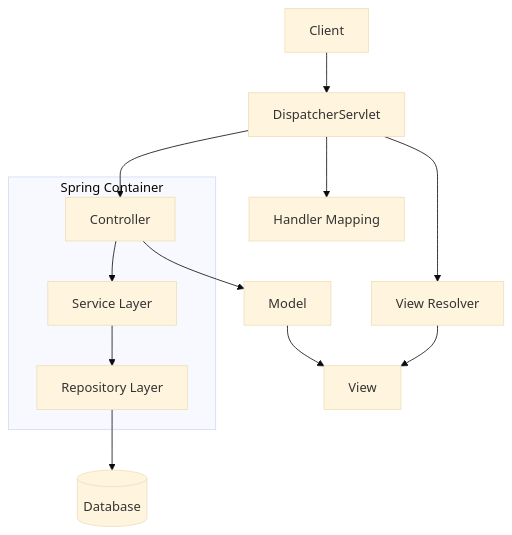
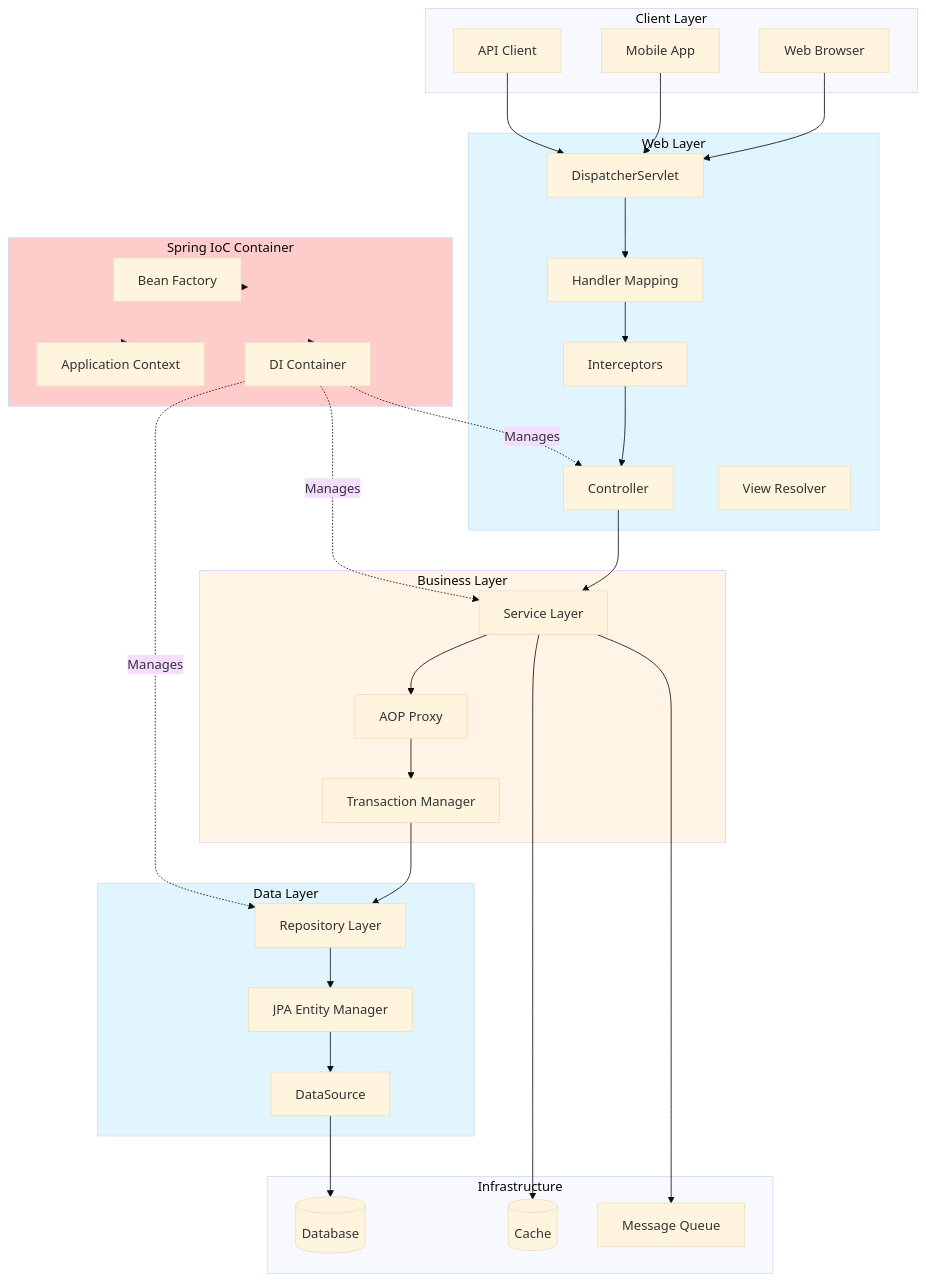
The second of 13 diagrams in Developer-Guides/SENIOR_JAVA_FULL_STACK_DEVELOPER_GUIDE_COMPREHENSIVE.md (iouthnamain/tech-note), drawn with Mermaid (base theme) before and after one commit. The commit also changed other lines of this file and 68 other files, not shown here.

````diff
--- a/Developer-Guides/SENIOR_JAVA_FULL_STACK_DEVELOPER_GUIDE_COMPREHENSIVE.md
+++ b/Developer-Guides/SENIOR_JAVA_FULL_STACK_DEVELOPER_GUIDE_COMPREHENSIVE.md
@@ -225,22 +225,73 @@
 ```mermaid
 graph TB
-    Client[Client] --> DispatcherServlet[DispatcherServlet]
+    subgraph Client[Client Layer]
+        Browser[Web Browser]
+        MobileApp[Mobile App]
+        APIClient[API Client]
+    end
     
-    DispatcherServlet --> HandlerMapping[Handler Mapping]
-    DispatcherServlet --> Controller[Controller]
-    DispatcherServlet --> ViewResolver[View Resolver]
+    subgraph Web[Web Layer]
+        DispatcherServlet[DispatcherServlet]
+        HandlerMapping[Handler Mapping]
+        Controller[Controller]
+        ViewResolver[View Resolver]
+        Interceptor[Interceptors]
+    end
     
-    Controller --> Service[Service Layer]
-    Service --> Repository[Repository Layer]
-    Repository --> Database[(Database)]
+    subgraph Business[Business Layer]
+        Service[Service Layer]
+        AOP[AOP Proxy]
+        Transaction[Transaction Manager]
+    end
     
-    Controller --> Model[Model]
-    Model --> View[View]
-    ViewResolver --> View
+    subgraph Data[Data Layer]
+        Repository[Repository Layer]
+        JPA[JPA Entity Manager]
+        DataSource[DataSource]
+    end
     
-    subgraph Spring["Spring Container"]
-        Service
-        Repository
-        Controller
+    subgraph Infrastructure[Infrastructure]
+        Database[(Database)]
+        Cache[(Cache)]
+        MessageQueue[Message Queue]
     end
+    
+    subgraph SpringContainer[Spring IoC Container]
+        BeanFactory[Bean Factory]
+        ApplicationContext[Application Context]
+        DependencyInjection[DI Container]
+    end
+    
+    Browser --> DispatcherServlet
+    MobileApp --> DispatcherServlet
+    APIClient --> DispatcherServlet
+    
+    DispatcherServlet --> HandlerMapping
+    HandlerMapping --> Interceptor
+    Interceptor --> Controller
+    
+    Controller --> Service
+    Service --> AOP
+    AOP --> Transaction
+    Transaction --> Repository
+    
+    Repository --> JPA
+    JPA --> DataSource
+    DataSource --> Database
+    
+    Service --> Cache
+    Service --> MessageQueue
+    
+    SpringContainer --> BeanFactory
+    SpringContainer --> ApplicationContext
+    SpringContainer --> DependencyInjection
+    
+    DependencyInjection -.->|Manages| Controller
+    DependencyInjection -.->|Manages| Service
+    DependencyInjection -.->|Manages| Repository
+    
+    style Web fill:#e1f5ff
+    style Business fill:#fff4e6
+    style Data fill:#e1f5ff
+    style SpringContainer fill:#ffcccc
 ```
````
